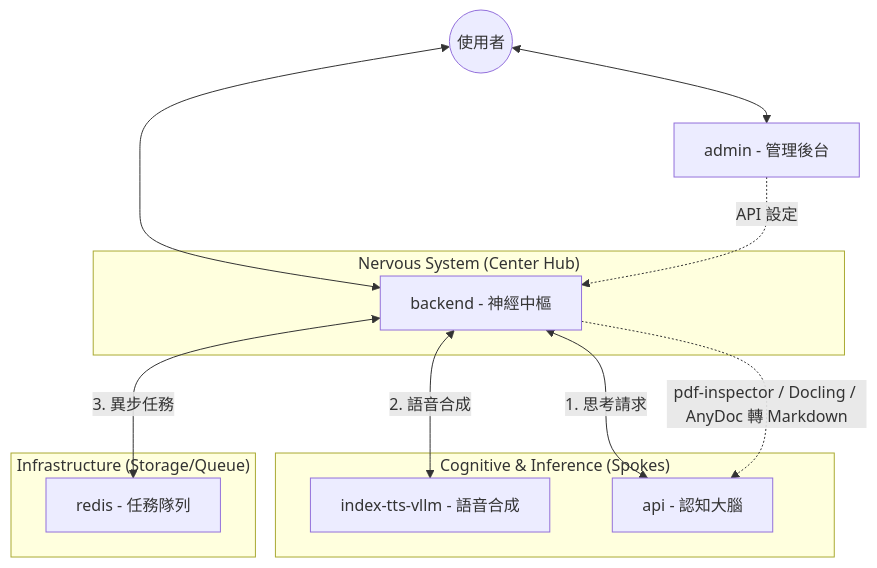
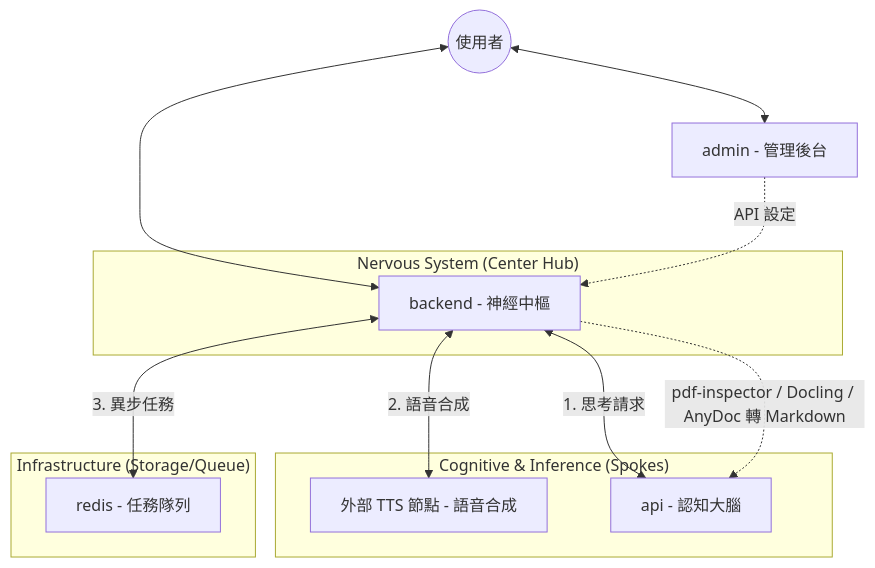
Before and after one commit to CreateIntelligens/openVman: the diagram in docs/specs/10_MICROSERVICES_GUIDE.md, drawn with Mermaid. The commit also changed other lines of this file and 96 other files, not shown here.

First line of the commit message:
refactor: remove the bundled IndexTTS server

````diff
--- a/docs/specs/10_MICROSERVICES_GUIDE.md
+++ b/docs/specs/10_MICROSERVICES_GUIDE.md
@@ -11,27 +11,27 @@
 ```mermaid
 graph TD
     User((使用者)) <--> Frontend[admin - 管理後台]
     User <--> Backend[backend - 神經中樞]
     
     subgraph "Nervous System (Center Hub)"
         Backend
     end
     
     subgraph "Cognitive & Inference (Spokes)"
-        IndexTTS[index-tts-vllm - 語音合成]
+        TTS[外部 TTS 節點 - 語音合成]
         Brain[api - 認知大腦]
     end
     
     subgraph "Infrastructure (Storage/Queue)"
         Redis[redis - 任務隊列]
     end
     
     %% Backend is the coordinator
     Backend <-->|1. 思考請求| Brain
-    Backend <-->|2. 語音合成| IndexTTS
+    Backend <-->|2. 語音合成| TTS
     Backend <-->|3. 異步任務| Redis
     
     %% Cross-service data flow
     Backend -.->|pdf-inspector / Docling / AnyDoc 轉 Markdown| Brain
     Frontend -.->|API 設定| Backend
 ```
````
